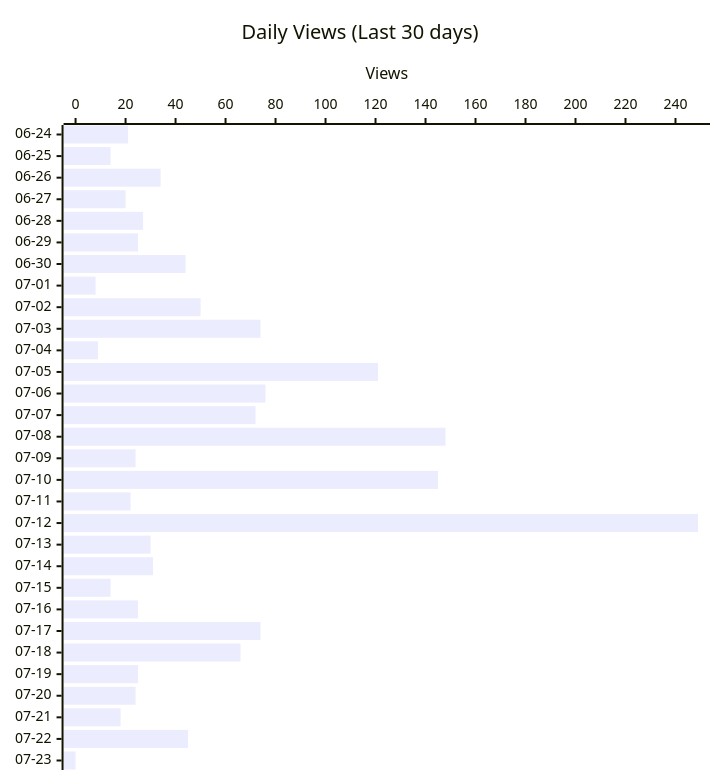
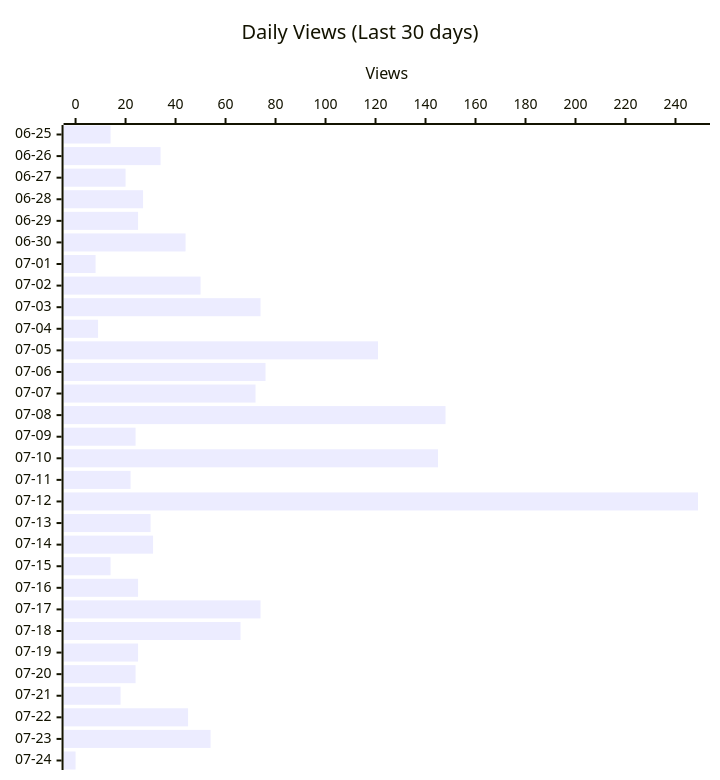
The second of 4 diagrams in README.md (shigechika/github-insights), drawn with Mermaid before and after one commit. The commit also changed other lines of this file and 2 other files, not shown here.

````diff
--- a/README.md
+++ b/README.md
@@ -28,12 +28,12 @@
 ```mermaid
 ---
 config:
   xyChart:
     height: 760
 ---
 xychart-beta horizontal
     title "Daily Views (Last 30 days)"
-    x-axis ["06-24", "06-25", "06-26", "06-27", "06-28", "06-29", "06-30", "07-01", "07-02", "07-03", "07-04", "07-05", "07-06", "07-07", "07-08", "07-09", "07-10", "07-11", "07-12", "07-13", "07-14", "07-15", "07-16", "07-17", "07-18", "07-19", "07-20", "07-21", "07-22", "07-23"]
+    x-axis ["06-25", "06-26", "06-27", "06-28", "06-29", "06-30", "07-01", "07-02", "07-03", "07-04", "07-05", "07-06", "07-07", "07-08", "07-09", "07-10", "07-11", "07-12", "07-13", "07-14", "07-15", "07-16", "07-17", "07-18", "07-19", "07-20", "07-21", "07-22", "07-23", "07-24"]
     y-axis "Views"
-    bar [21, 14, 34, 20, 27, 25, 44, 8, 50, 74, 9, 121, 76, 72, 148, 24, 145, 22, 249, 30, 31, 14, 25, 74, 66, 25, 24, 18, 45, 0]
+    bar [14, 34, 20, 27, 25, 44, 8, 50, 74, 9, 121, 76, 72, 148, 24, 145, 22, 249, 30, 31, 14, 25, 74, 66, 25, 24, 18, 45, 54, 0]
 ```
````
